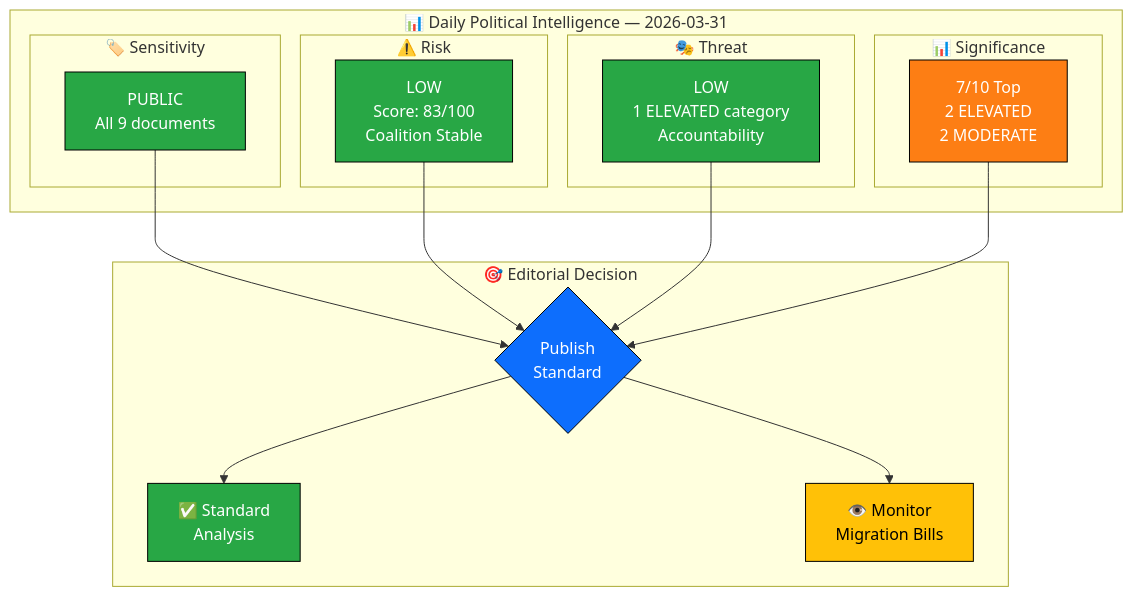
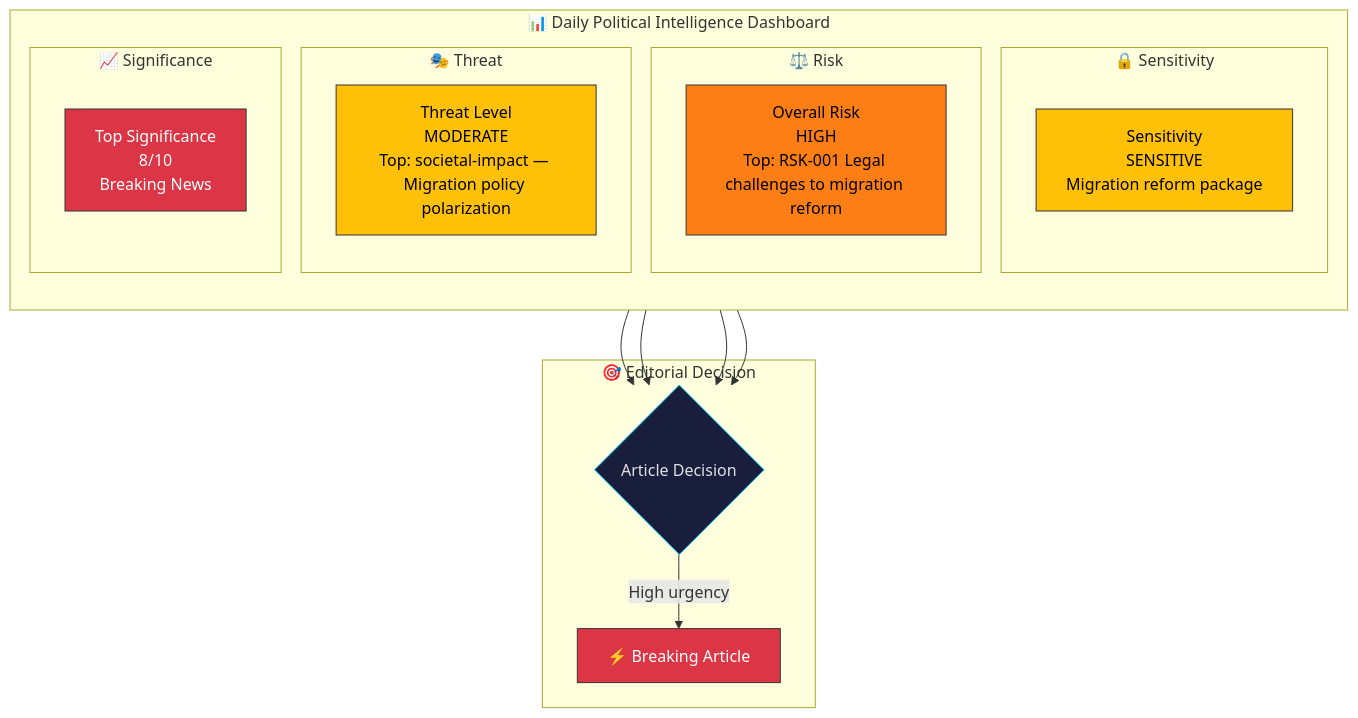
One commit to Hack23/riksdagsmonitor changed the first of 2 diagrams in analysis/daily/2026-03-31/synthesis-summary.md. Above: the diagram before and after it, drawn with Mermaid. The commit also changed other lines of this file and 22 other files, not shown here.

First line of the commit message:
🔴 Breaking: Sweden Launches Major Migration Reform Package - 2026-03-31

````diff
--- a/analysis/daily/2026-03-31/synthesis-summary.md
+++ b/analysis/daily/2026-03-31/synthesis-summary.md
@@ -32,35 +18,35 @@
 ```mermaid
 graph TD
-    subgraph "📊 Daily Political Intelligence — 2026-03-31"
-        subgraph "🏷️ Sensitivity"
-            CLS["PUBLIC<br/>All 9 documents"]
+    subgraph "📊 Daily Political Intelligence Dashboard"
+        direction TB
+        subgraph "🔒 Sensitivity"
+            CLS["Sensitivity<br/>SENSITIVE<br/>Migration reform package"]
         end
-        subgraph "⚠️ Risk"
-            RSK["LOW<br/>Score: 83/100<br/>Coalition Stable"]
+        subgraph "⚖️ Risk"
+            RSK["Overall Risk<br/>HIGH<br/>Top: RSK-001 Legal challenges to migration reform"]
         end
         subgraph "🎭 Threat"
-            THR["LOW<br/>1 ELEVATED category<br/>Accountability"]
+            THR["Threat Level<br/>MODERATE<br/>Top: societal-impact — Migration policy polarization"]
         end
-        subgraph "📊 Significance"
-            SIG["7/10 Top<br/>2 ELEVATED<br/>2 MODERATE"]
+        subgraph "📈 Significance"
+            SIG["Top Significance<br/>8/10<br/>Breaking News"]
         end
     end
+
     subgraph "🎯 Editorial Decision"
-        DEC{"Publish<br/>Standard"}
-        STD["✅ Standard<br/>Analysis"]
-        MON["👁️ Monitor<br/>Migration Bills"]
+        DEC{Article Decision}
+        DEC -->|"High urgency"| BRK["⚡ Breaking Article"]
     end
+
     CLS --> DEC
     RSK --> DEC
     THR --> DEC
     SIG --> DEC
-    DEC --> STD
-    DEC --> MON
-    style CLS fill:#28a745,stroke:#000,color:#fff
-    style RSK fill:#28a745,stroke:#000,color:#fff
-    style THR fill:#28a745,stroke:#000,color:#fff
-    style SIG fill:#fd7e14,stroke:#000,color:#fff
-    style DEC fill:#0d6efd,stroke:#000,color:#fff
-    style STD fill:#28a745,stroke:#000,color:#fff
-    style MON fill:#ffc107,stroke:#000,color:#000
+
+    style CLS fill:#ffc107,stroke:#333,color:#000
+    style RSK fill:#fd7e14,stroke:#333,color:#000
+    style THR fill:#ffc107,stroke:#333,color:#000
+    style SIG fill:#dc3545,stroke:#333,color:#fff
+    style BRK fill:#dc3545,stroke:#333,color:#fff
+    style DEC fill:#1a1e3d,stroke:#00d9ff,color:#e0e0e0
 ```
````
